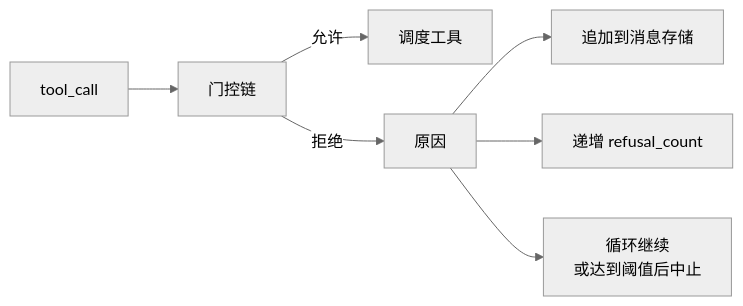
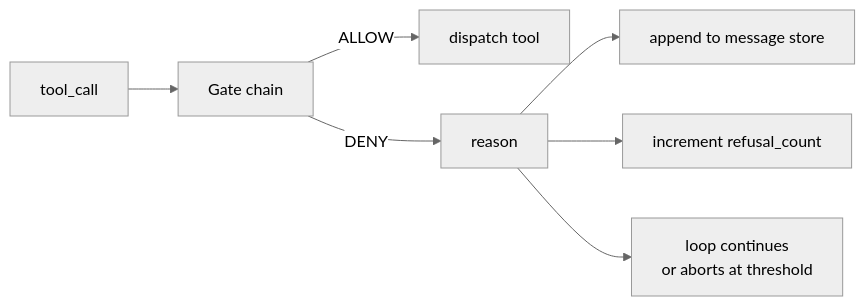
The first of 2 diagrams in i18n/zh/phases/19-capstone-projects/25-verification-gates-observation-budget/docs/zh.md (xiaojiaenen/ai-engineering-from-scratch-zh), drawn with Mermaid (neutral theme) before and after one commit. The commit also changed other lines of this file and 85 other files, not shown here.

````diff
--- a/i18n/zh/phases/19-capstone-projects/25-verification-gates-observation-budget/docs/zh.md
+++ b/i18n/zh/phases/19-capstone-projects/25-verification-gates-observation-budget/docs/zh.md
@@ -32,9 +32,9 @@
 ```mermaid
 flowchart LR
-  Call[tool_call] --> Chain[门控链]
-  Chain -->|允许| Dispatch[调度工具]
-  Chain -->|拒绝| Reason[原因]
-  Reason --> Store[追加到消息存储]
-  Reason --> Refusal[递增 refusal_count]
-  Reason --> Loop[循环继续<br/>或达到阈值后中止]
+  Call[tool_call] --> Chain[Gate chain]
+  Chain -->|ALLOW| Dispatch[dispatch tool]
+  Chain -->|DENY| Reason[reason]
+  Reason --> Store[append to message store]
+  Reason --> Refusal[increment refusal_count]
+  Reason --> Loop[loop continues<br/>or aborts at threshold]
 ```
````
